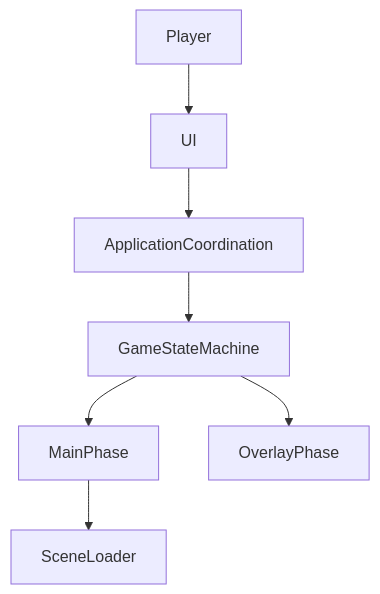
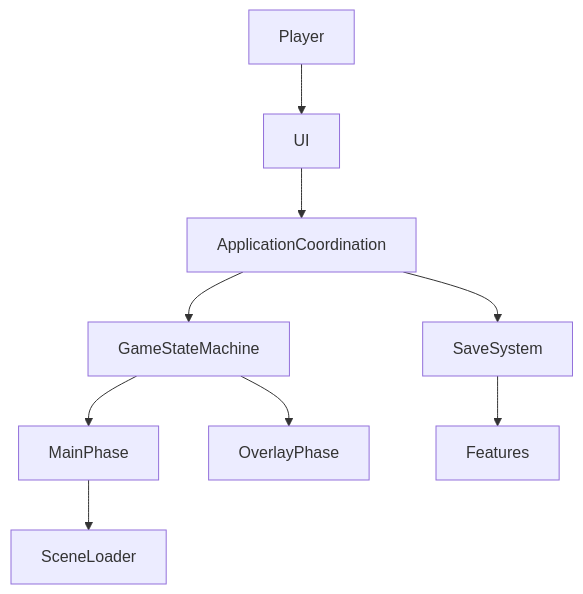
The third of 9 diagrams in Docs/Eng/ArchitectureAtlas/13_ArchitectureOverview.md (chainsawlad-Org/ChainSaw_Leg), drawn with Mermaid before and after one commit. The commit also changed other lines of this file and 25 other files, not shown here.

Commit message:
added charts

````diff
--- a/Docs/Eng/ArchitectureAtlas/13_ArchitectureOverview.md
+++ b/Docs/Eng/ArchitectureAtlas/13_ArchitectureOverview.md
@@ -106,29 +116,35 @@
 ```mermaid
 flowchart TD
 
 Player
 
 UI
 
 ApplicationCoordination
 
 GameStateMachine
 
 MainPhase
 
 OverlayPhase
 
 SceneLoader
 
+SaveSystem
+
 Player --> UI
 
 UI --> ApplicationCoordination
 
 ApplicationCoordination --> GameStateMachine
 
+ApplicationCoordination --> SaveSystem
+
 GameStateMachine --> OverlayPhase
 
 GameStateMachine --> MainPhase
 
 MainPhase --> SceneLoader
+
+SaveSystem --> Features
 ```
````
